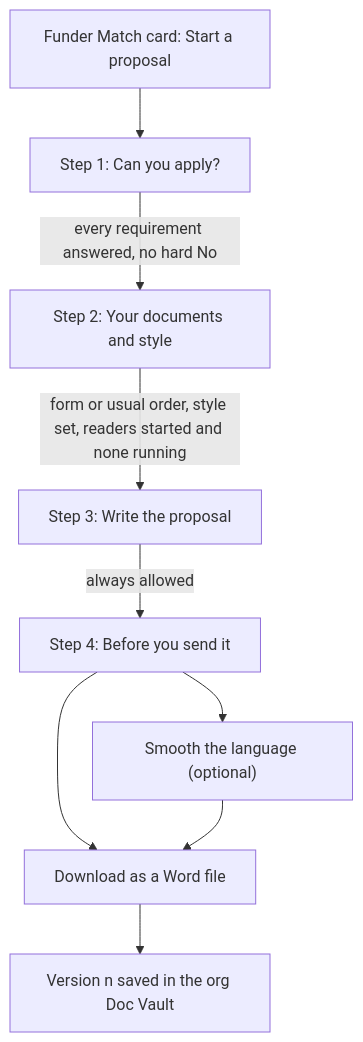
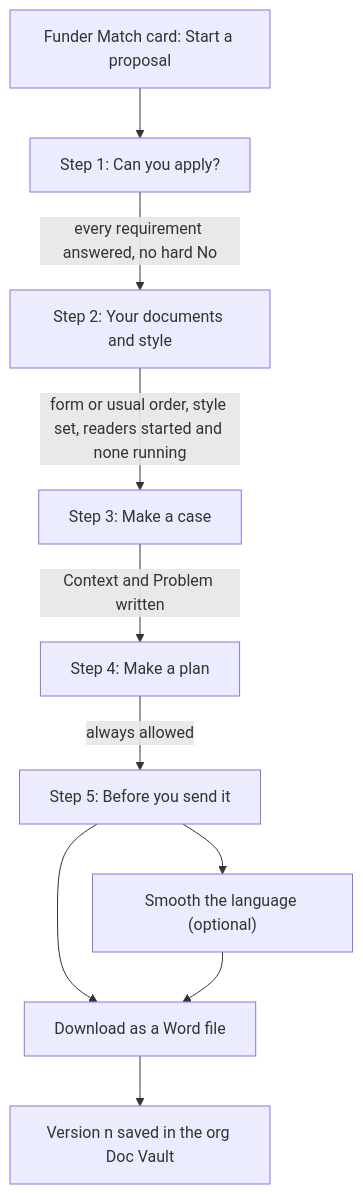
Before and after one commit to project-tech4dev/sangam: the first of 2 diagrams in openwiki/workflows/proposal-lifecycle.md, drawn with Mermaid. The commit also changed other lines of this file and 61 other files, not shown here.

````diff
--- a/openwiki/workflows/proposal-lifecycle.md
+++ b/openwiki/workflows/proposal-lifecycle.md
@@ -92,11 +104,12 @@
 ```mermaid
 flowchart TD
     A["Funder Match card: Start a proposal"] --> B["Step 1: Can you apply?"]
     B -->|"every requirement answered, no hard No"| C["Step 2: Your documents and style"]
-    C -->|"form or usual order, style set, readers started and none running"| D["Step 3: Write the proposal"]
-    D -->|"always allowed"| E["Step 4: Before you send it"]
-    E --> F["Smooth the language (optional)"]
-    E --> G["Download as a Word file"]
-    F --> G
-    G --> H["Version n saved in the org Doc Vault"]
+    C -->|"form or usual order, style set, readers started and none running"| D["Step 3: Make a case"]
+    D -->|"Context and Problem written"| E["Step 4: Make a plan"]
+    E -->|"always allowed"| F["Step 5: Before you send it"]
+    F --> G["Smooth the language (optional)"]
+    F --> H["Download as a Word file"]
+    G --> H
+    H --> I["Version n saved in the org Doc Vault"]
 ```
````
